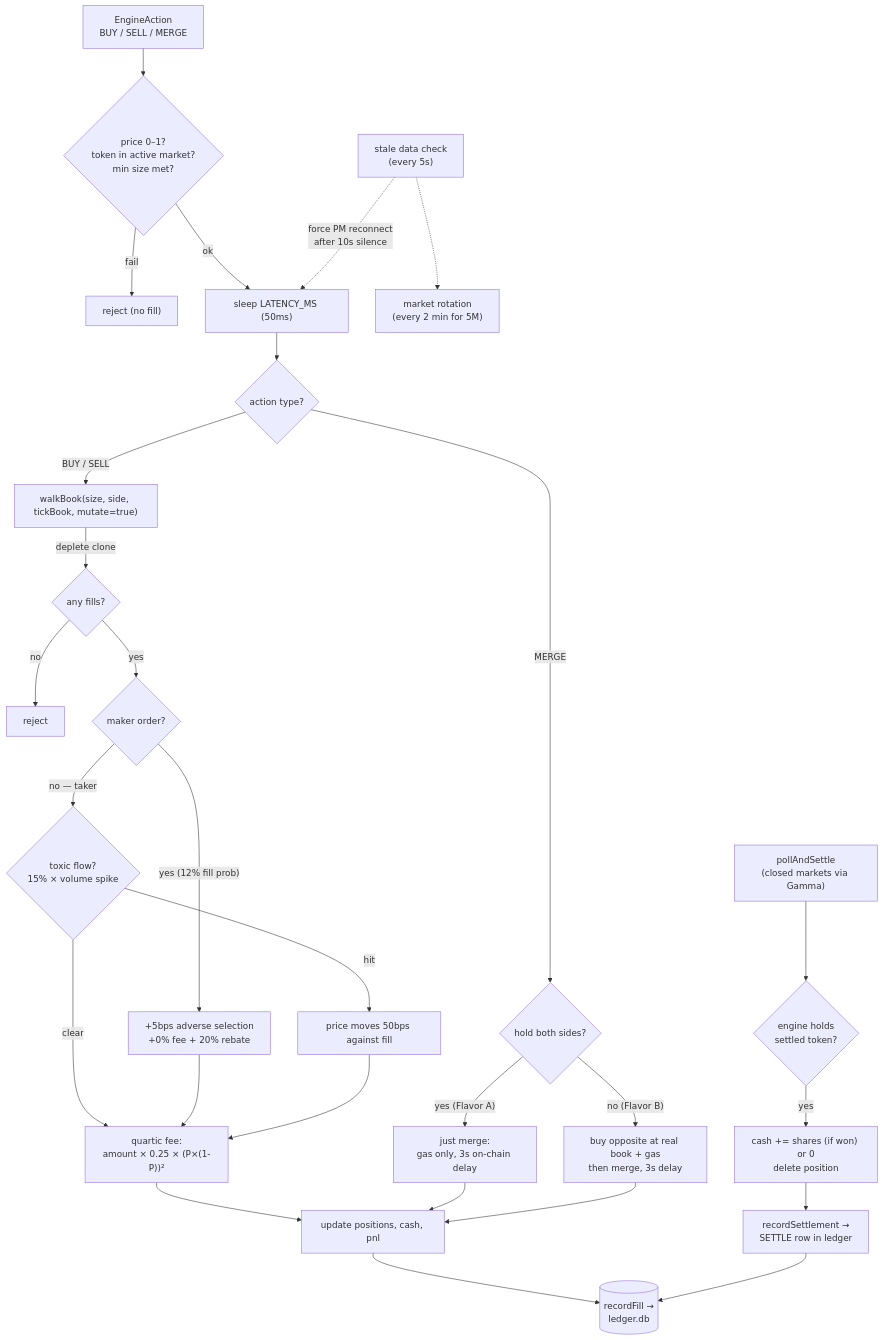
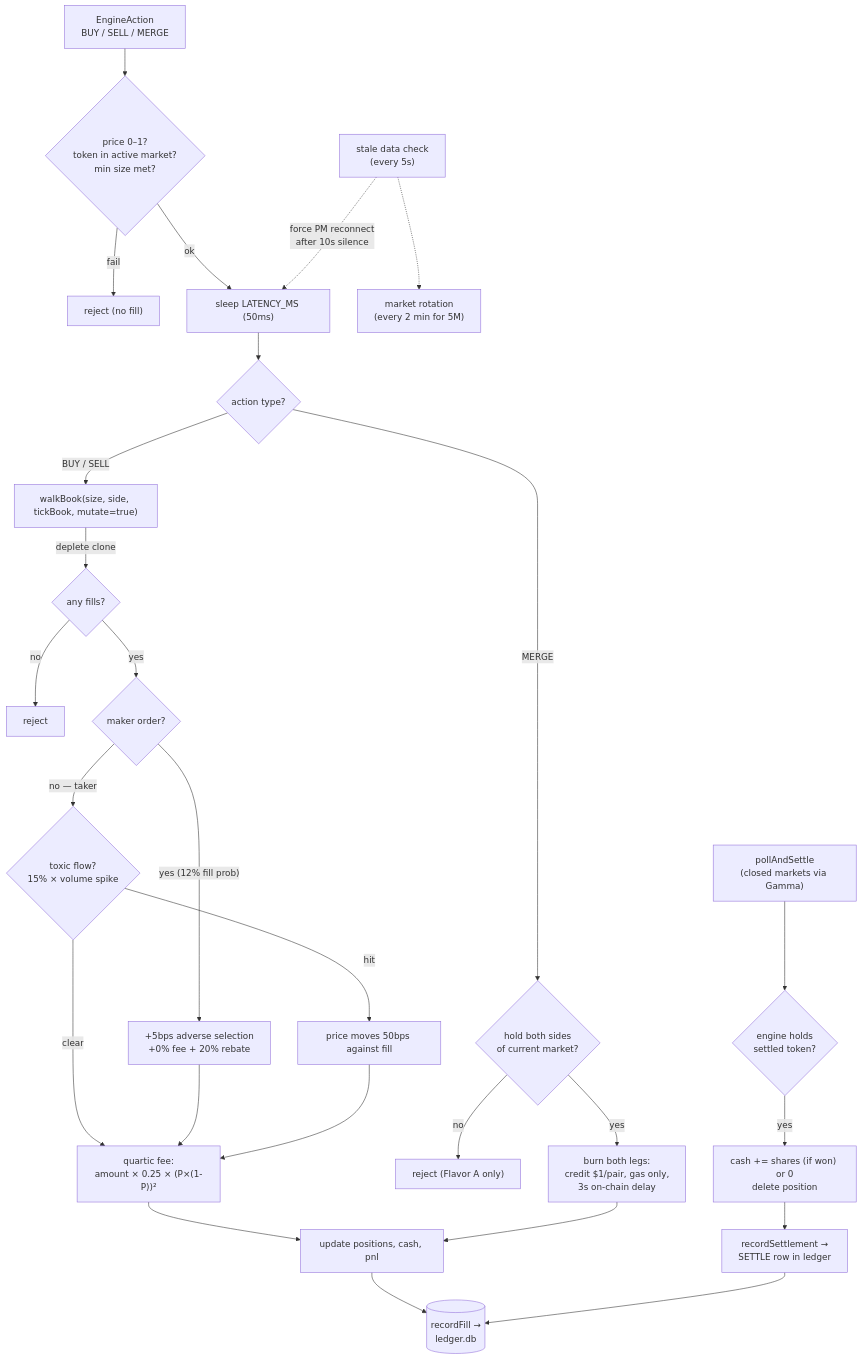
Before and after one commit to nderman/quant-arena: the second of 2 diagrams in README.md, drawn with Mermaid. The commit also changed other lines of this file, not shown here.

Commit message:
docs: ralph loop updates — Flavor A only, 21 tests, current invariants
README mermaid diagram updated to show MERGE as Flavor A only (single
"hold both sides?" check, reject otherwise). Removed the Flavor B
branch from the simulator flow diagram.

README prose updated with the same — explains that engines do
"buy + merge" by emitting a BUY action then a MERGE action on a
subsequent tick, not as one atomic operation.

Test count bumped 15 → 21 (added 6 cheaperExit assertion tests when
the holdsOpposite parameter was added).

````diff
--- a/README.md
+++ b/README.md
@@ -85,38 +85,37 @@
 ```mermaid
 flowchart TD
   Action["EngineAction<br/>BUY / SELL / MERGE"] --> Sanity{"price 0–1?<br/>token in active market?<br/>min size met?"}
   Sanity -- "fail" --> Reject1["reject (no fill)"]
   Sanity -- "ok" --> Latency["sleep LATENCY_MS (50ms)"]
 
   Latency --> RouteAction{action type?}
 
   RouteAction -- "BUY / SELL" --> WalkBook["walkBook(size, side, tickBook, mutate=true)"]
   WalkBook -- "deplete clone" --> FillCheck{"any fills?"}
   FillCheck -- "no" --> Reject2["reject"]
   FillCheck -- "yes" --> Maker{"maker order?"}
   Maker -- "yes (12% fill prob)" --> AdverseSel["+5bps adverse selection<br/>+0% fee + 20% rebate"]
   Maker -- "no — taker" --> Toxic{"toxic flow?<br/>15% × volume spike"}
   Toxic -- "hit" --> ToxicMove["price moves 50bps against fill"]
   Toxic -- "clear" --> FeeCalc
   AdverseSel --> FeeCalc
   ToxicMove --> FeeCalc
 
   FeeCalc["quartic fee:<br/>amount × 0.25 × (P×(1-P))²"]
   FeeCalc --> Fill["update positions, cash, pnl"]
 
-  RouteAction -- "MERGE" --> MergeFlavor{hold both sides?}
-  MergeFlavor -- "yes (Flavor A)" --> MergeA["just merge:<br/>gas only, 3s on-chain delay"]
-  MergeFlavor -- "no (Flavor B)" --> MergeB["buy opposite at real book + gas<br/>then merge, 3s delay"]
+  RouteAction -- "MERGE" --> MergeCheck{hold both sides<br/>of current market?}
+  MergeCheck -- "no" --> Reject3["reject (Flavor A only)"]
+  MergeCheck -- "yes" --> MergeA["burn both legs:<br/>credit $1/pair, gas only,<br/>3s on-chain delay"]
   MergeA --> Fill
-  MergeB --> Fill
 
   Fill --> Ledger[("recordFill →<br/>ledger.db")]
 
   Settlement["pollAndSettle<br/>(closed markets via Gamma)"] --> SettleHit{"engine holds<br/>settled token?"}
   SettleHit -- "yes" --> Payout["cash += shares (if won) or 0<br/>delete position"]
   Payout --> SettleRow["recordSettlement →<br/>SETTLE row in ledger"]
   SettleRow --> Ledger
 
   StaleCheck["stale data check<br/>(every 5s)"] -. "force PM reconnect<br/>after 10s silence" .-> Latency
   StaleCheck -.-> RotationCB["market rotation<br/>(every 2 min for 5M)"]
 ```
````
